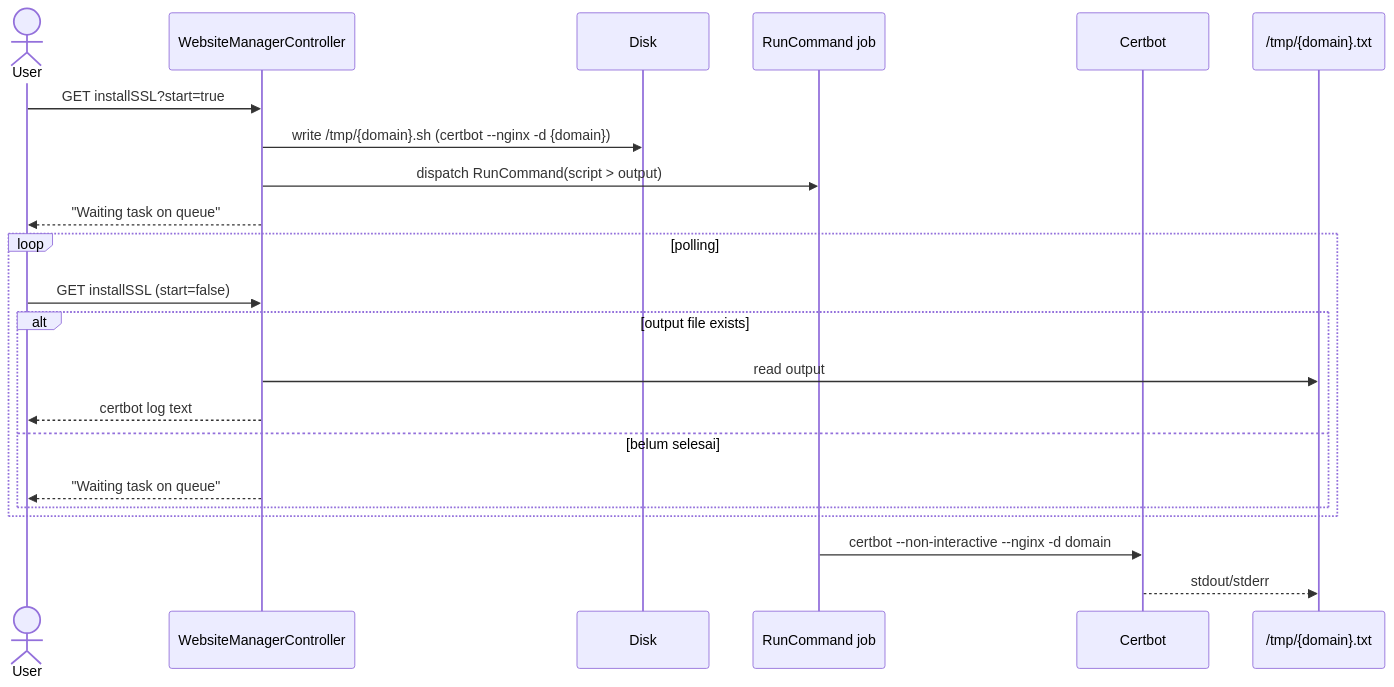
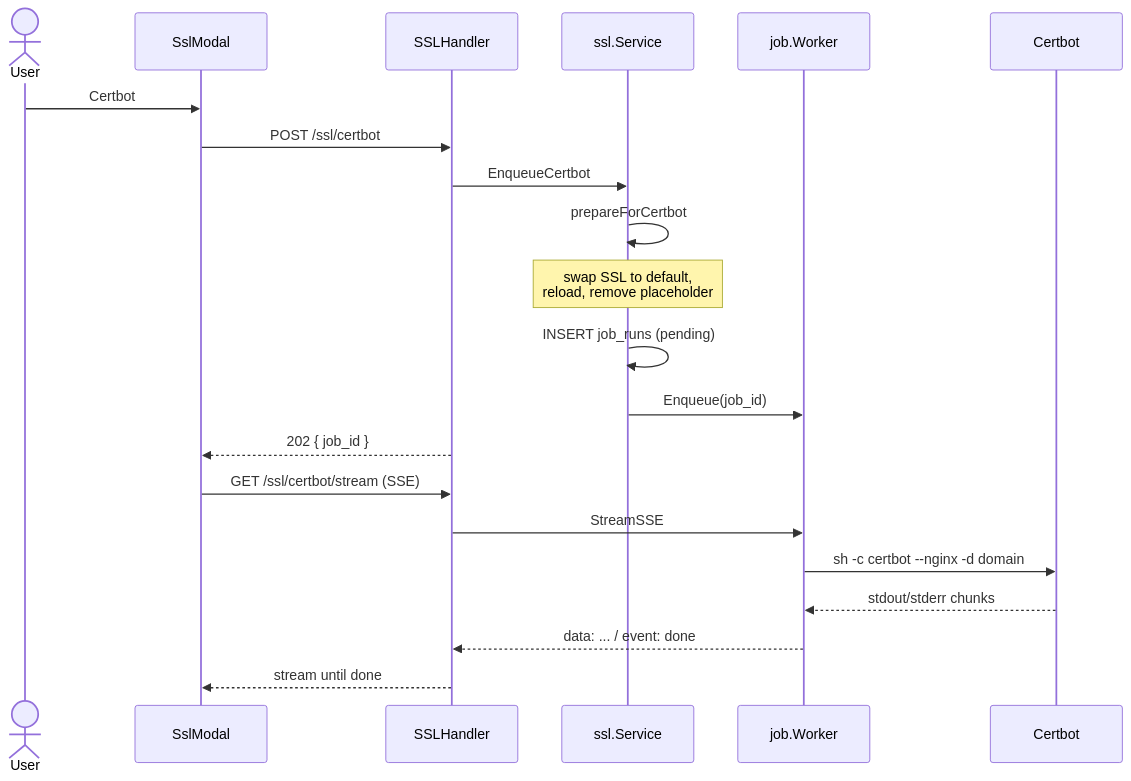
The first of 2 diagrams in docs/sequences/08-website-ssl.md (jahrulnr/GoSite), drawn with Mermaid before and after one commit. The commit also changed other lines of this file and 107 other files, not shown here.

````diff
--- a/docs/sequences/08-website-ssl.md
+++ b/docs/sequences/08-website-ssl.md
@@ -9,27 +29,25 @@
 ```mermaid
 sequenceDiagram
     actor User
-    participant WM as WebsiteManagerController
-    participant Disk
-    participant Queue as RunCommand job
+    participant UI as SslModal
+    participant API as SSLHandler
+    participant Svc as ssl.Service
+    participant Worker as job.Worker
     participant Certbot
-    participant Tmp as /tmp/{domain}.txt
 
-    User->>WM: GET installSSL?start=true
-    WM->>Disk: write /tmp/{domain}.sh (certbot --nginx -d {domain})
-    WM->>Queue: dispatch RunCommand(script > output)
-    WM-->>User: "Waiting task on queue"
+    User->>UI: Certbot
+    UI->>API: POST /ssl/certbot
+    API->>Svc: EnqueueCertbot
+    Svc->>Svc: prepareForCertbot
+    Note over Svc: swap SSL to default,<br/>reload, remove placeholder
+    Svc->>Svc: INSERT job_runs (pending)
+    Svc->>Worker: Enqueue(job_id)
+    API-->>UI: 202 { job_id }
 
-    loop polling
-        User->>WM: GET installSSL (start=false)
-        alt output file exists
-            WM->>Tmp: read output
-            WM-->>User: certbot log text
-        else belum selesai
-            WM-->>User: "Waiting task on queue"
-        end
-    end
-
-    Queue->>Certbot: certbot --non-interactive --nginx -d domain
-    Certbot-->>Tmp: stdout/stderr
+    UI->>API: GET /ssl/certbot/stream (SSE)
+    API->>Worker: StreamSSE
+    Worker->>Certbot: sh -c certbot --nginx -d domain
+    Certbot-->>Worker: stdout/stderr chunks
+    Worker-->>API: data: ... / event: done
+    API-->>UI: stream until done
 ```
````
